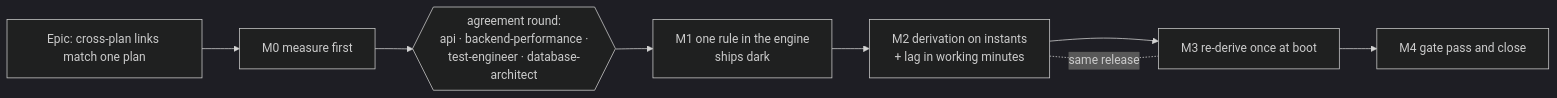
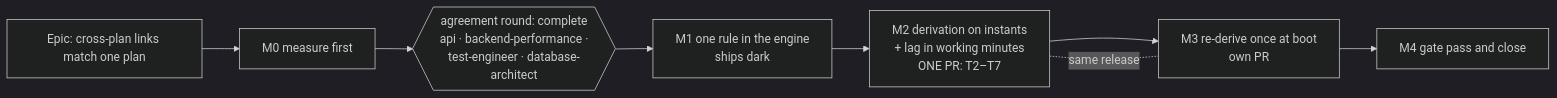
One commit to HuttonHomeHub/SchedulePoint_1 changed the diagram in docs/specs/cross-plan-day-boundary/implementation-plan.md. Above: the diagram before and after it, drawn with Mermaid (dark theme). The commit also changed other lines of this file and 2 other files, not shown here.

````diff
--- a/docs/specs/cross-plan-day-boundary/implementation-plan.md
+++ b/docs/specs/cross-plan-day-boundary/implementation-plan.md
@@ -9,10 +11,10 @@
 ```mermaid
 flowchart LR
   E[Epic: cross-plan links match one plan] --> M0[M0 measure first]
-  M0 --> AR{{agreement round:<br/>api · backend-performance ·<br/>test-engineer · database-architect}}
+  M0 --> AR{{agreement round: complete<br/>api · backend-performance ·<br/>test-engineer · database-architect}}
   AR --> M1[M1 one rule in the engine<br/>ships dark]
-  M1 --> M2[M2 derivation on instants<br/>+ lag in working minutes]
-  M2 --> M3[M3 re-derive once at boot]
+  M1 --> M2[M2 derivation on instants<br/>+ lag in working minutes<br/>ONE PR: T2–T7]
+  M2 --> M3[M3 re-derive once at boot<br/>own PR]
   M3 --> M4[M4 gate pass and close]
   M2 -. same release .- M3
 ```
````
